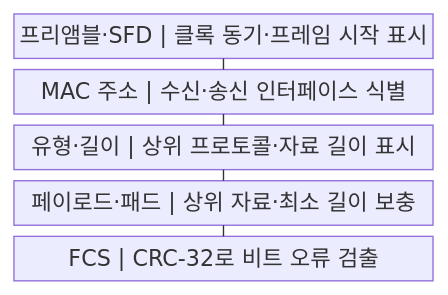
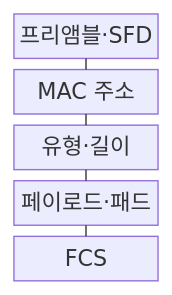
One commit to agnusdei1207/knowledge-base changed the first of 2 diagrams in src/content/docs/notes/04-network/015_ethernet_frame.md. Above: the diagram before and after it, drawn with Mermaid. The commit also changed other lines of this file and 122 other files, not shown here.

````diff
--- a/src/content/docs/notes/04-network/015_ethernet_frame.md
+++ b/src/content/docs/notes/04-network/015_ethernet_frame.md
@@ -63,13 +63,13 @@
 ```mermaid
-block
+block-beta
     columns 1
-    A["프리앰블·SFD | 클록 동기·프레임 시작 표시"]
-    B["MAC 주소 | 수신·송신 인터페이스 식별"]
-    C["유형·길이 | 상위 프로토콜·자료 길이 표시"]
-    D["페이로드·패드 | 상위 자료·최소 길이 보충"]
-    E["FCS | CRC-32로 비트 오류 검출"]
+    A["프리앰블·SFD"]
+    B["MAC 주소"]
+    C["유형·길이"]
+    D["페이로드·패드"]
+    E["FCS"]
     A --- B
     B --- C
     C --- D
     D --- E
 ```
````
